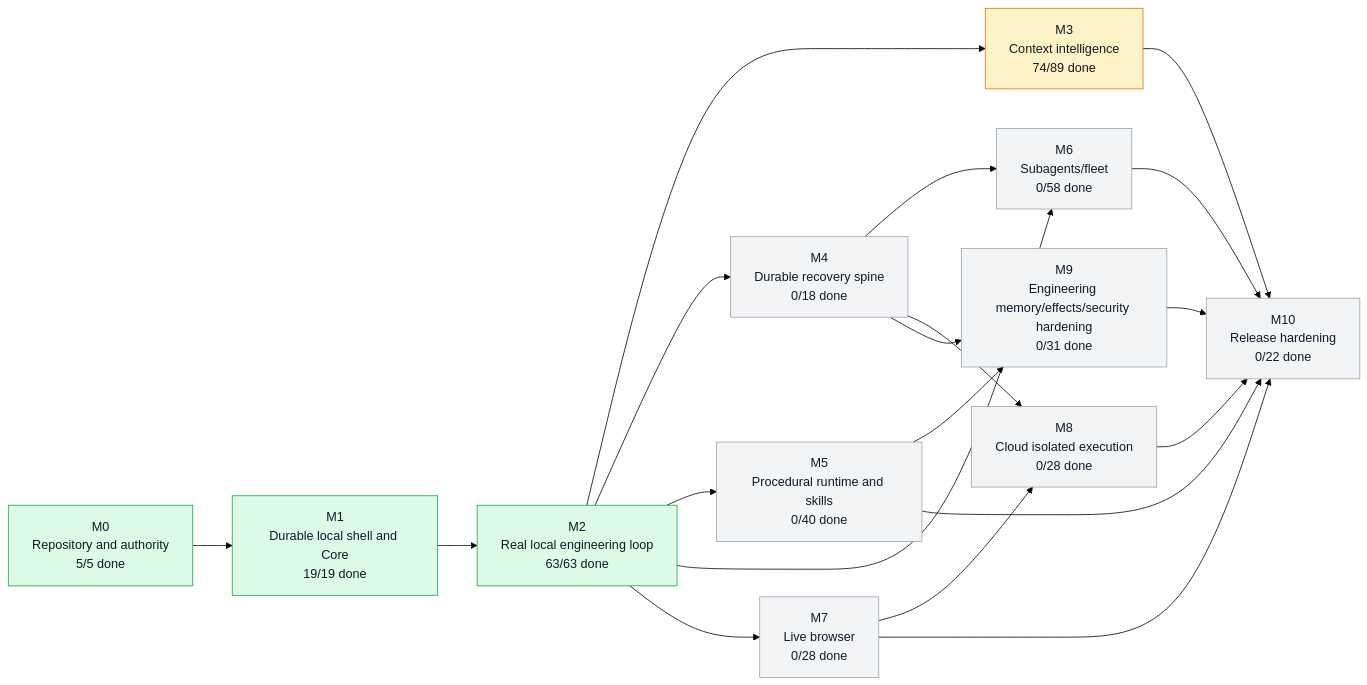
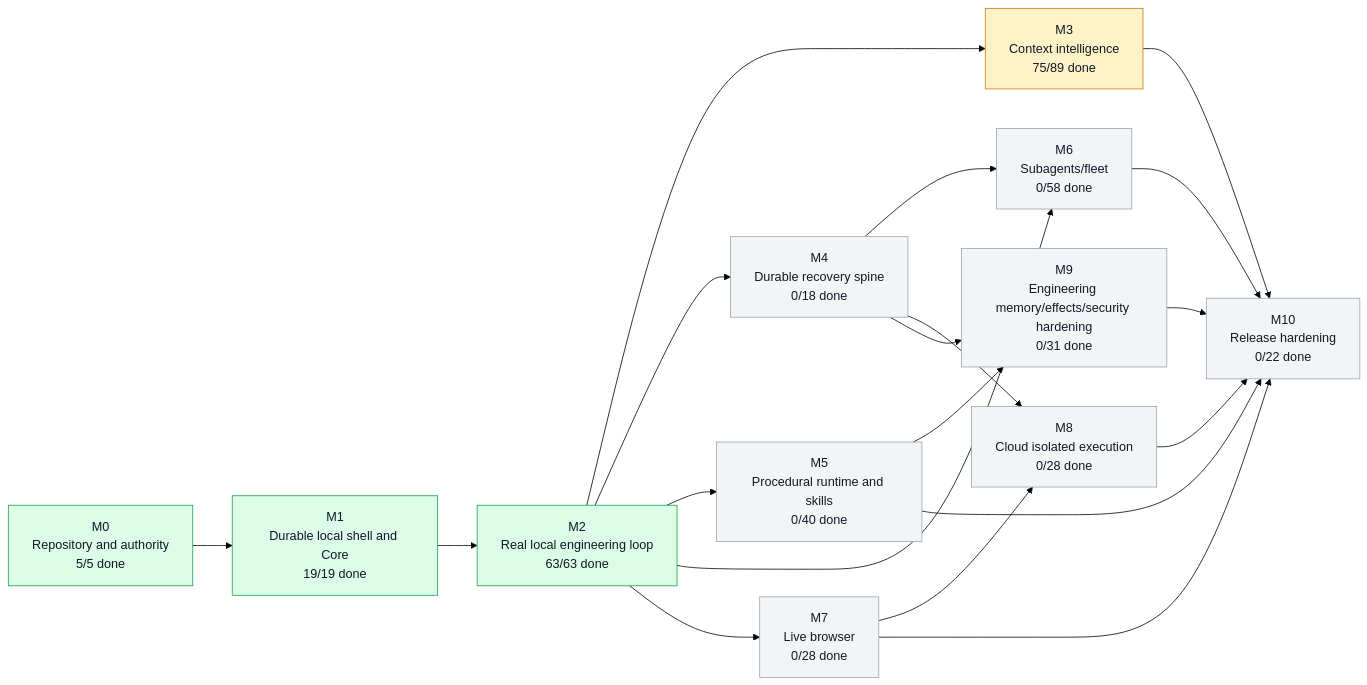
One commit to moss101/modbit changed the first of 5 diagrams in graph/PROJECT_GRAPH.md. Above: the diagram before and after it, drawn with Mermaid (forest theme). The commit also changed other lines of this file and 6 other files, not shown here.

````diff
--- a/graph/PROJECT_GRAPH.md
+++ b/graph/PROJECT_GRAPH.md
@@ -57,43 +57,43 @@
 ```mermaid
 flowchart LR
   M0["M0<br/>Repository and authority<br/>5/5 done"]
   M1["M1<br/>Durable local shell and Core<br/>19/19 done"]
   M2["M2<br/>Real local engineering loop<br/>63/63 done"]
-  M3["M3<br/>Context intelligence<br/>74/89 done"]
+  M3["M3<br/>Context intelligence<br/>75/89 done"]
   M4["M4<br/>Durable recovery spine<br/>0/18 done"]
   M5["M5<br/>Procedural runtime and skills<br/>0/40 done"]
   M6["M6<br/>Subagents/fleet<br/>0/58 done"]
   M7["M7<br/>Live browser<br/>0/28 done"]
   M8["M8<br/>Cloud isolated execution<br/>0/28 done"]
   M9["M9<br/>Engineering memory/effects/security hardening<br/>0/31 done"]
   M10["M10<br/>Release hardening<br/>0/22 done"]
   M0 --> M1
   M1 --> M2
   M2 --> M3
   M2 --> M4
   M2 --> M5
   M2 --> M6
   M4 --> M6
   M2 --> M7
   M4 --> M8
   M7 --> M8
   M4 --> M9
   M5 --> M9
   M3 --> M10
   M5 --> M10
   M6 --> M10
   M7 --> M10
   M8 --> M10
   M9 --> M10
   style M0 fill:#dcfce7,stroke:#16a34a,color:#111827
   style M1 fill:#dcfce7,stroke:#16a34a,color:#111827
   style M2 fill:#dcfce7,stroke:#16a34a,color:#111827
   style M3 fill:#fef3c7,stroke:#d97706,color:#111827
   style M4 fill:#f3f4f6,stroke:#9ca3af,color:#111827
   style M5 fill:#f3f4f6,stroke:#9ca3af,color:#111827
   style M6 fill:#f3f4f6,stroke:#9ca3af,color:#111827
   style M7 fill:#f3f4f6,stroke:#9ca3af,color:#111827
   style M8 fill:#f3f4f6,stroke:#9ca3af,color:#111827
   style M9 fill:#f3f4f6,stroke:#9ca3af,color:#111827
   style M10 fill:#f3f4f6,stroke:#9ca3af,color:#111827
 ```
````
